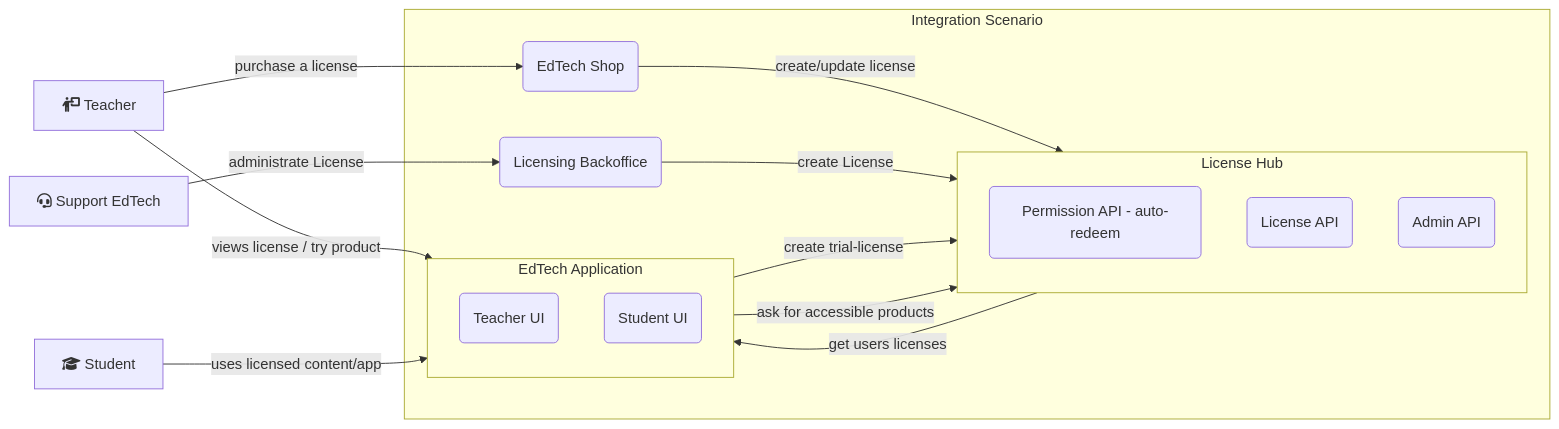
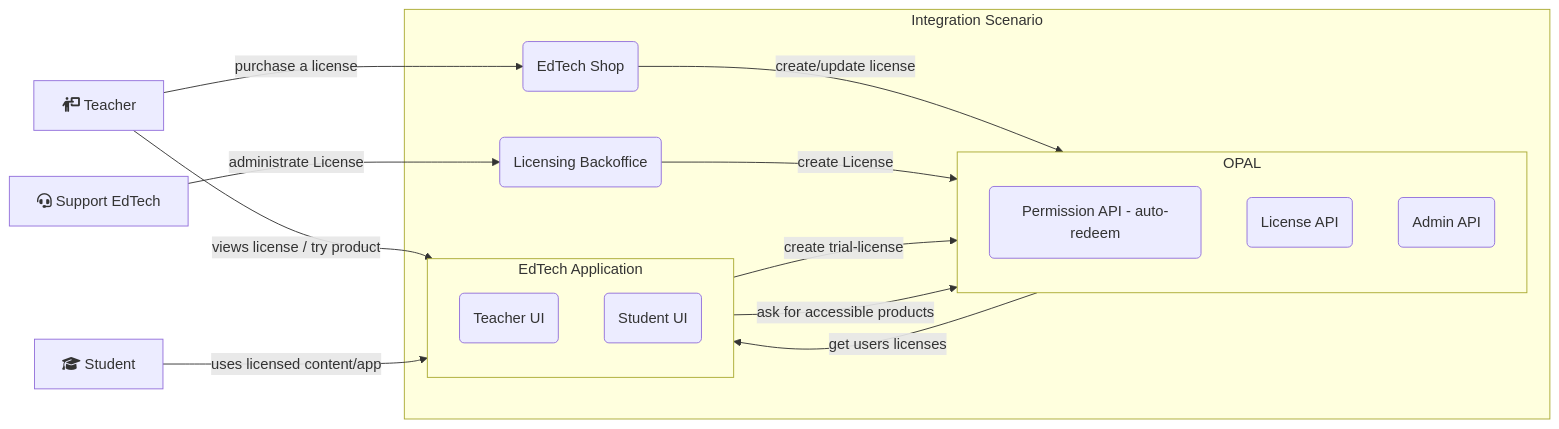
The diagram in README.md (bettermarks/opal), drawn with Mermaid before and after one commit.

Commit message:
rename opal

````diff
--- a/README.md
+++ b/README.md
@@ -39,25 +39,25 @@
 ```mermaid
 flowchart LR
      subgraph Integration Scenario
-      subgraph License Hub
+      subgraph OPAL
         direction TB
         PAPI(Permission API - auto-redeem)
         LAPI(License API)
         AAPI(Admin API)
       end  
       LAPI -->|get users licenses| edtechTC(Teacher UI)
       subgraph EdTech Application
         direction TB
       edtechTC -->|create trial-license| LAPI
       edtechSC(Student UI) -->|ask for accessible products| PAPI
       end  
         edtechShop(EdTech Shop) -->|create/update license| LAPI
         LiBO(Licensing Backoffice) -->|create License|AAPI
     end
 
   teacher[fa:fa-person-chalkboard Teacher] -->|purchase a license| edtechShop
   teacher -->|views license / try product| edtechTC
     
   support[fa:fa-headset Support EdTech] -->|administrate License| LiBO
   student[fa:fa-graduation-cap Student] -->|uses licensed content/app| edtechSC
 ```
````
